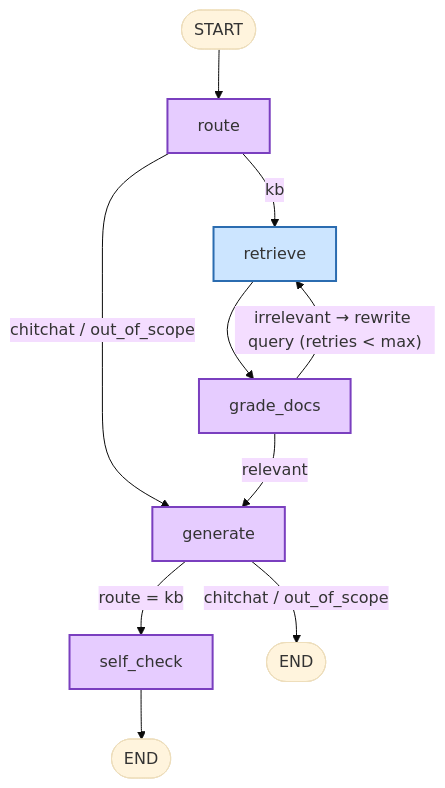
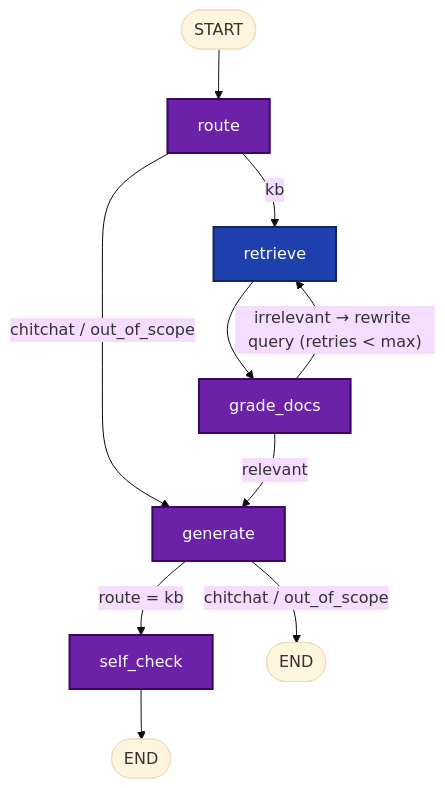
The first of 3 diagrams in docs/ARCHITECTURE.md (hailampy123/solid-knowledge-ai), drawn with Mermaid (base theme) before and after one commit. The commit also changed other lines of this file, not shown here.

Commit message:
docs: update mermaid docs

````diff
--- a/docs/ARCHITECTURE.md
+++ b/docs/ARCHITECTURE.md
@@ -12,20 +12,20 @@
 ```mermaid
 flowchart TD
     START([START]) --> route
 
     route -- "kb" --> retrieve
     route -- "chitchat / out_of_scope" --> generate
 
     retrieve --> grade_docs
     grade_docs -- "relevant" --> generate
     grade_docs -- "irrelevant → rewrite query (retries < max)" --> retrieve
 
     generate -- "route = kb" --> self_check
     generate -- "chitchat / out_of_scope" --> END1([END])
     self_check --> END2([END])
 
-    classDef llmNode fill:#e6ccff,stroke:#7a3fbf,stroke-width:2px;
-    classDef toolNode fill:#cce5ff,stroke:#2b6cb0,stroke-width:2px;
+    classDef llmNode fill:#6b21a8,stroke:#3b0764,stroke-width:2px,color:#ffffff;
+    classDef toolNode fill:#1e40af,stroke:#172554,stroke-width:2px,color:#ffffff;
     class route,grade_docs,generate,self_check llmNode;
     class retrieve toolNode;
 ```
````
